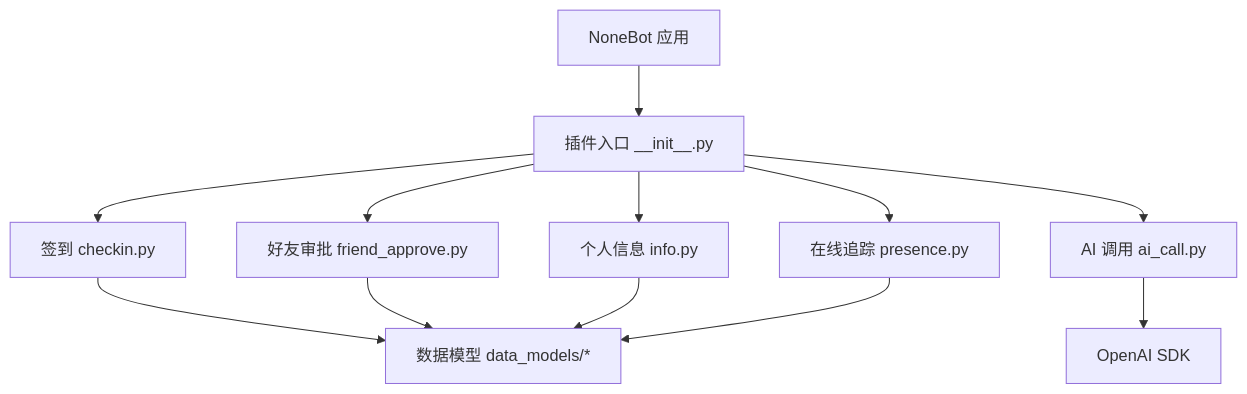
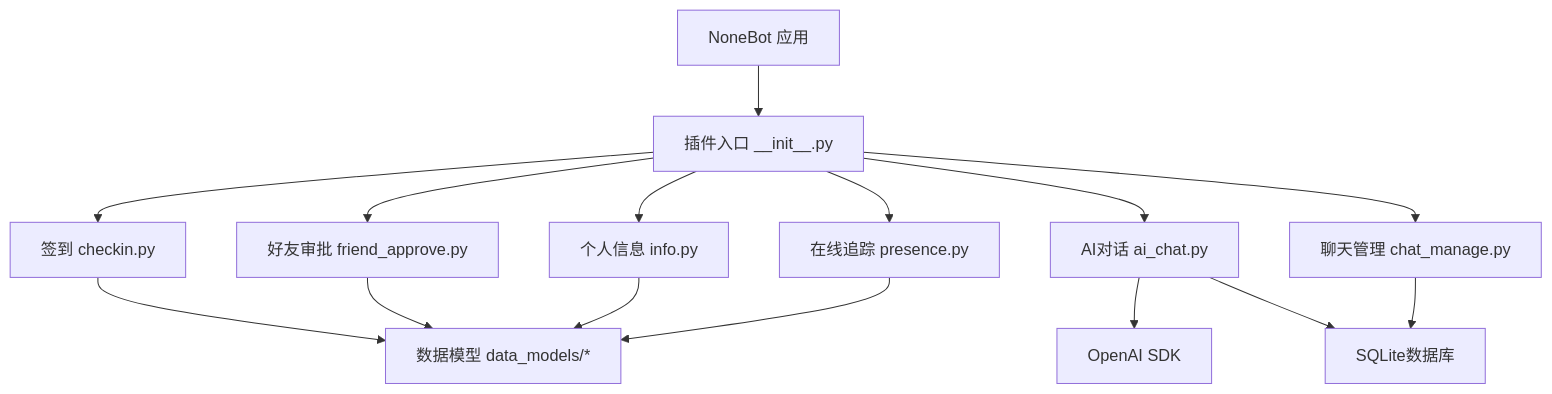
Before and after one commit to Wohaokunr/yawn_bot: the first of 6 diagrams in .qoder/repowiki/zh/content/核心功能模块/AI功能集成.md, drawn with Mermaid. The commit also changed other lines of this file and 28 other files, not shown here.

````diff
--- a/.qoder/repowiki/zh/content/核心功能模块/AI功能集成.md
+++ b/.qoder/repowiki/zh/content/核心功能模块/AI功能集成.md
@@ -45,14 +58,17 @@
 ```mermaid
 graph TB
 A["NoneBot 应用"] --> B["插件入口 __init__.py"]
 B --> C["签到 checkin.py"]
 B --> D["好友审批 friend_approve.py"]
 B --> E["个人信息 info.py"]
 B --> F["在线追踪 presence.py"]
-B --> G["AI 调用 ai_call.py"]
-C --> H["数据模型 data_models/*"]
-D --> H
-E --> H
-F --> H
-G --> I["OpenAI SDK"]
+B --> G["AI对话 ai_chat.py"]
+B --> H["聊天管理 chat_manage.py"]
+C --> I["数据模型 data_models/*"]
+D --> I
+E --> I
+F --> I
+G --> J["OpenAI SDK"]
+G --> K["SQLite数据库"]
+H --> K
 ```
````
